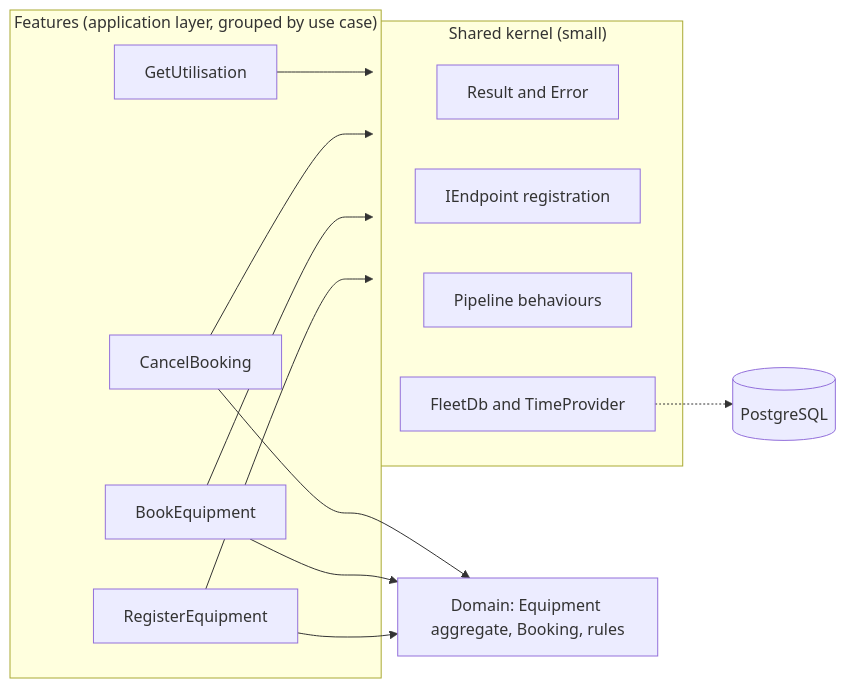
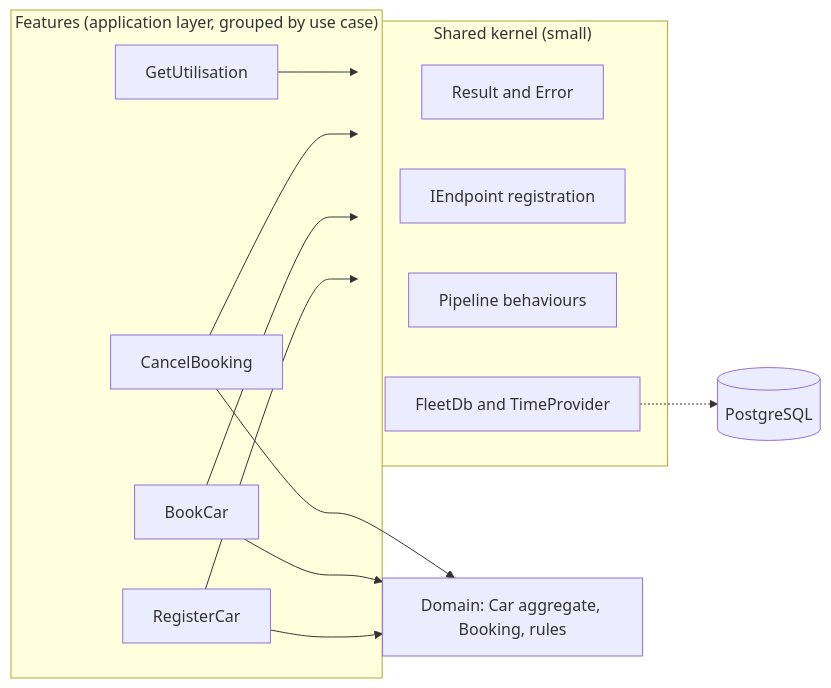
Before and after one commit to rizwi0786/system-design-lab: the first of 3 diagrams in content/lessons/m08/m08-vertical-slice.md, drawn with Mermaid. The commit also changed other lines of this file and 334 other files, not shown here.

````diff
--- a/content/lessons/m08/m08-vertical-slice.md
+++ b/content/lessons/m08/m08-vertical-slice.md
@@ -177,25 +177,25 @@
 ```mermaid
 flowchart LR
     subgraph Slices["Features (application layer, grouped by use case)"]
-        S1["RegisterEquipment"]
-        S2["BookEquipment"]
+        S1["RegisterCar"]
+        S2["BookCar"]
         S3["CancelBooking"]
         S4["GetUtilisation"]
     end
     subgraph Kernel["Shared kernel (small)"]
         K1["Result and Error"]
         K2["IEndpoint registration"]
         K3["Pipeline behaviours"]
         K4["FleetDb and TimeProvider"]
     end
-    DOM["Domain: Equipment aggregate, Booking, rules"]
+    DOM["Domain: Car aggregate, Booking, rules"]
     DB[("PostgreSQL")]
     S1 --> DOM
     S2 --> DOM
     S3 --> DOM
     S1 --> Kernel
     S2 --> Kernel
     S3 --> Kernel
     S4 --> Kernel
     K4 -.-> DB
 ```
````
